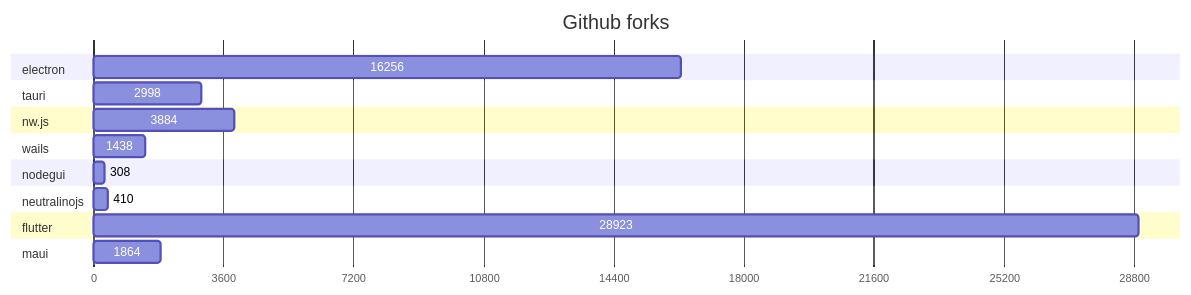
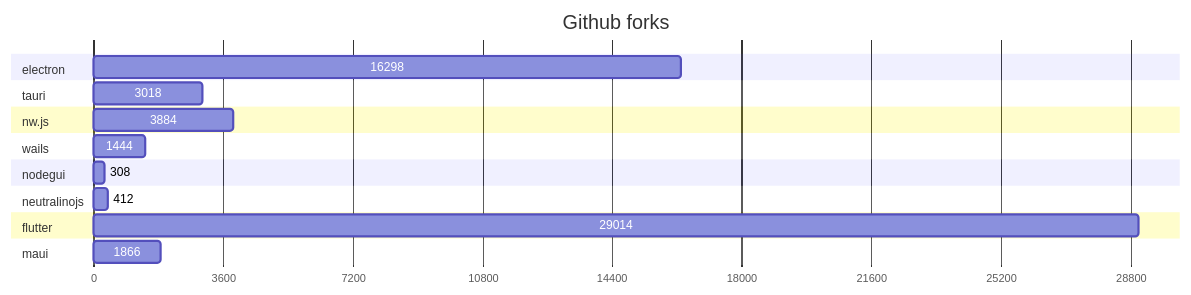
The second of 2 diagrams in GRAPHS.md (Elanis/web-to-desktop-framework-comparison), drawn with Mermaid before and after one commit. The commit also changed other lines of this file and 2 other files, not shown here.

````diff
--- a/GRAPHS.md
+++ b/GRAPHS.md
@@ -47,40 +47,40 @@
 ```mermaid
 gantt
     title Github forks
     dateFormat  X
     axisFormat %s
 
 
 	section electron
-	16256 : 0, 16256
+	16298 : 0, 16298
 
 	
 	section tauri
-	2998 : 0, 2998
+	3018 : 0, 3018
 
 	
 	section nw.js
 	3884 : 0, 3884
 
 	
 	section wails
-	1438 : 0, 1438
+	1444 : 0, 1444
 
 	
 	section nodegui
 	308 : 0, 308
 
 	
 	section neutralinojs
-	410 : 0, 410
+	412 : 0, 412
 
 	
 	section flutter
-	28923 : 0, 28923
+	29014 : 0, 29014
 
 	
 	section maui
-	1864 : 0, 1864
+	1866 : 0, 1866
 
 	
 ```
````
